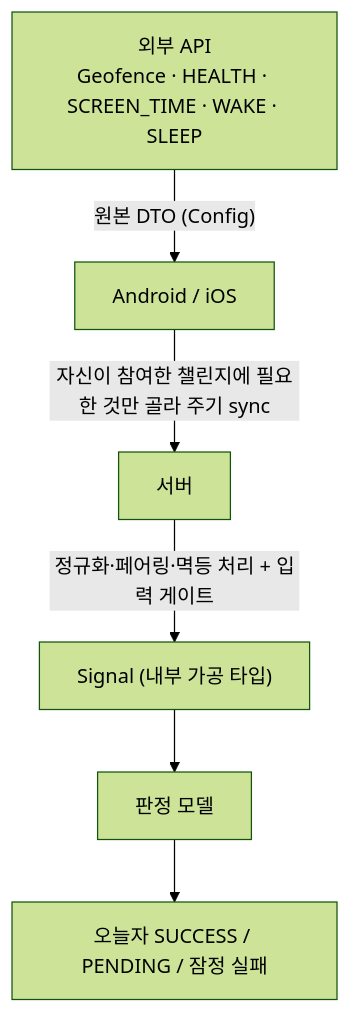
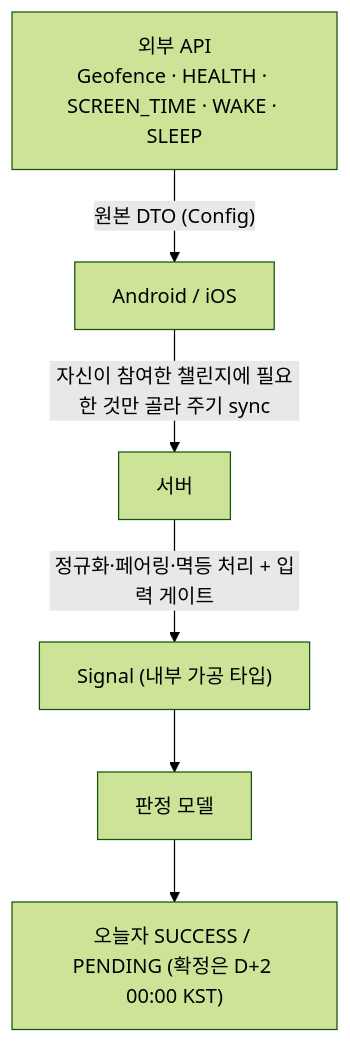
Before and after one commit to RuleUp-ASM/Backend: the first of 10 diagrams in docs/check/인증구현.md, drawn with Mermaid (forest theme). The commit also changed other lines of this file and 7 other files, not shown here.

````diff
--- a/docs/check/인증구현.md
+++ b/docs/check/인증구현.md
@@ -62,9 +68,9 @@
 ```mermaid
 flowchart TD
 EXT["외부 API<br/>Geofence · HEALTH · SCREEN_TIME · WAKE · SLEEP"]
 EXT -->|"원본 DTO (Config)"| AND["Android / iOS"]
 AND -->|"자신이 참여한 챌린지에 필요한 것만 골라 주기 sync"| SRV["서버"]
 SRV -->|"정규화·페어링·멱등 처리 + 입력 게이트"| SIG["Signal (내부 가공 타입)"]
 SIG --> JUDGE["판정 모델"]
-JUDGE --> RESULT["오늘자 SUCCESS / PENDING / 잠정 실패"]
+JUDGE --> RESULT["오늘자 SUCCESS / PENDING (확정은 D+2 00:00 KST)"]
 ```
````
